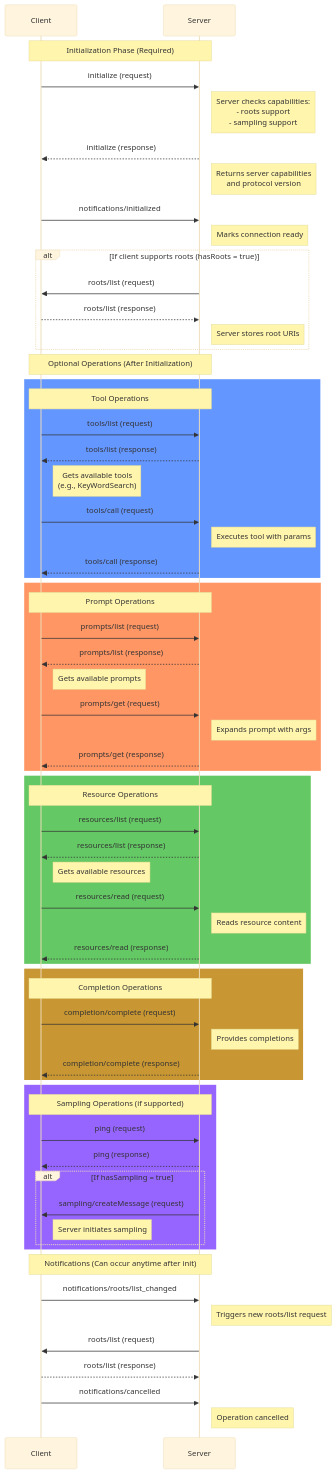
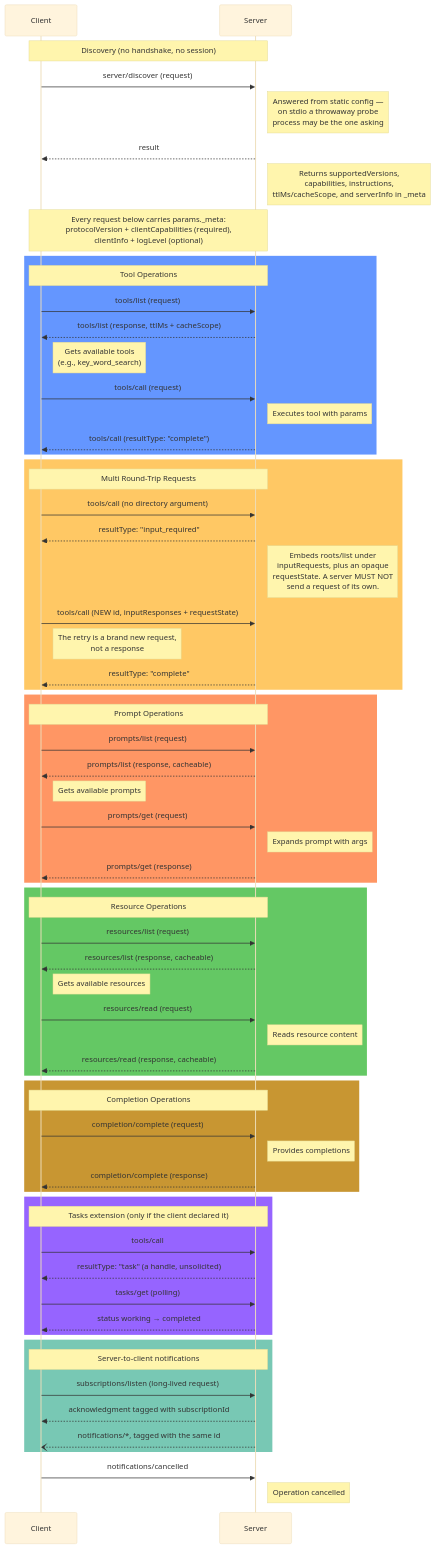
Before and after one commit to David-Parry/agent-mcp-workshop: the diagram in lessons/02-mcp-message-flow.md, drawn with Mermaid (base theme). The commit also changed other lines of this file and 216 other files, not shown here.

````diff
--- a/lessons/02-mcp-message-flow.md
+++ b/lessons/02-mcp-message-flow.md
@@ -3,82 +3,81 @@
 ```mermaid
 sequenceDiagram
     participant Client
     participant Server
-    
-    Note over Client,Server: Initialization Phase (Required)
-    Client->>Server: initialize (request)
-    Note right of Server: Server checks capabilities:<br/>- roots support<br/>- sampling support
-    Server-->>Client: initialize (response)
-    Note right of Server: Returns server capabilities<br/>and protocol version
-    
-    Client->>Server: notifications/initialized
-    Note right of Server: Marks connection ready
-    
-    alt If client supports roots (hasRoots = true)
-        Server->>Client: roots/list (request)
-        Client-->>Server: roots/list (response)
-        Note right of Server: Server stores root URIs
-    end
-    
-    Note over Client,Server: Optional Operations (After Initialization)
-    
+
+    Note over Client,Server: Discovery (no handshake, no session)
+    Client->>Server: server/discover (request)
+    Note right of Server: Answered from static config —<br/>on stdio a throwaway probe<br/>process may be the one asking
+    Server-->>Client: result
+    Note right of Server: Returns supportedVersions,<br/>capabilities, instructions,<br/>ttlMs/cacheScope, and serverInfo in _meta
+
+    Note over Client,Server: Every request below carries params._meta:<br/>protocolVersion + clientCapabilities (required),<br/>clientInfo + logLevel (optional)
+
     rect rgb(100, 150, 255)
         Note over Client,Server: Tool Operations
         Client->>Server: tools/list (request)
-        Server-->>Client: tools/list (response)
-        Note right of Client: Gets available tools<br/>(e.g., KeyWordSearch)
-        
+        Server-->>Client: tools/list (response, ttlMs + cacheScope)
+        Note right of Client: Gets available tools<br/>(e.g., key_word_search)
+
         Client->>Server: tools/call (request)
         Note right of Server: Executes tool with params
-        Server-->>Client: tools/call (response)
+        Server-->>Client: tools/call (resultType: "complete")
     end
-    
+
+    rect rgb(255, 200, 100)
+        Note over Client,Server: Multi Round-Trip Requests
+        Client->>Server: tools/call (no directory argument)
+        Server-->>Client: resultType: "input_required"
+        Note right of Server: Embeds roots/list under<br/>inputRequests, plus an opaque<br/>requestState. A server MUST NOT<br/>send a request of its own.
+        Client->>Server: tools/call (NEW id, inputResponses + requestState)
+        Note right of Client: The retry is a brand new request,<br/>not a response
+        Server-->>Client: resultType: "complete"
+    end
+
     rect rgb(255, 150, 100)
         Note over Client,Server: Prompt Operations
         Client->>Server: prompts/list (request)
-        Server-->>Client: prompts/list (response)
+        Server-->>Client: prompts/list (response, cacheable)
         Note right of Client: Gets available prompts
-        
+
         Client->>Server: prompts/get (request)
         Note right of Server: Expands prompt with args
         Server-->>Client: prompts/get (response)
     end
-    
+
     rect rgb(100, 200, 100)
         Note over Client,Server: Resource Operations
         Client->>Server: resources/list (request)
-        Server-->>Client: resources/list (response)
+        Server-->>Client: resources/list (response, cacheable)
         Note right of Client: Gets available resources
-        
+
         Client->>Server: resources/read (request)
         Note right of Server: Reads resource content
-        Server-->>Client: resources/read (response)
+        Server-->>Client: resources/read (response, cacheable)
     end
-    
+
     rect rgb(200, 150, 50)
         Note over Client,Server: Completion Operations
         Client->>Server: completion/complete (request)
         Note right of Server: Provides completions
         Server-->>Client: completion/complete (response)
     end
-    
+
     rect rgb(150, 100, 255)
-        Note over Client,Server: Sampling Operations (if supported)
-        Client->>Server: ping (request)
-        Server-->>Client: ping (response)
-        alt If hasSampling = true
-            Server->>Client: sampling/createMessage (request)
-            Note right of Client: Server initiates sampling
-        end
+        Note over Client,Server: Tasks extension (only if the client declared it)
+        Client->>Server: tools/call
+        Server-->>Client: resultType: "task" (a handle, unsolicited)
+        Client->>Server: tasks/get (polling)
+        Server-->>Client: status working → completed
     end
-    
-    Note over Client,Server: Notifications (Can occur anytime after init)
-    
-    Client->>Server: notifications/roots/list_changed
-    Note right of Server: Triggers new roots/list request
-    Server->>Client: roots/list (request)
-    Client-->>Server: roots/list (response)
-    
+
+    rect rgb(120, 200, 180)
+        Note over Client,Server: Server-to-client notifications
+        Client->>Server: subscriptions/listen (long-lived request)
+        Server-->>Client: acknowledgment tagged with subscriptionId
+        Server--)Client: notifications/*, tagged with the same id
+    end
+
     Client->>Server: notifications/cancelled
     Note right of Server: Operation cancelled
 ```
````
